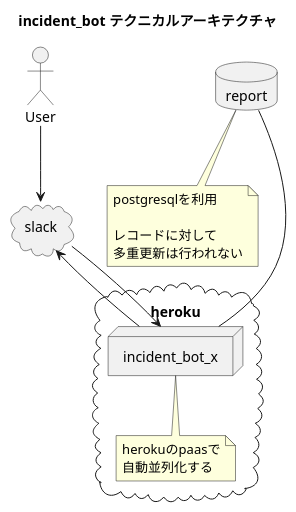
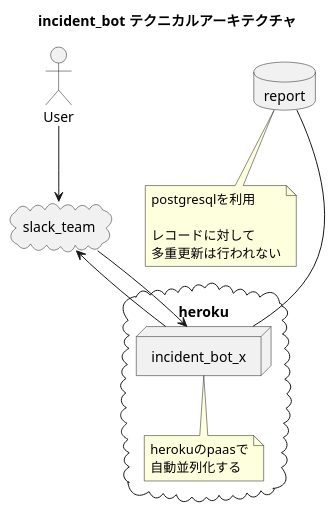
The diagram in 1.design/4.architecture/technical-architecture.md (ito-masam/kpt-guard.doc), drawn with PlantUML before and after one commit.

```diff
--- a/1.design/4.architecture/technical-architecture.md
+++ b/1.design/4.architecture/technical-architecture.md
@@ -1,65 +1,67 @@
 @startuml
 
     title incident_bot テクニカルアーキテクチャ
     actor User
 
-    cloud slack
+    cloud slack_team
     cloud heroku {
       node incident_bot_x
       note bottom of incident_bot_x
         herokuのpaasで
         自動並列化する
       end note
     }
     database report
     note bottom of report
       postgresqlを利用
       　
       レコードに対して
       多重更新は行われない
     end note
 
 
-    User --> slack
-    slack --> incident_bot_x
-    incident_bot_x --> slack
+    User --> slack_team
+    slack_team --> incident_bot_x
+    incident_bot_x --> slack_team
     report --- incident_bot_x
     
 
 /'
+
 保存先はpostgresqlで、channel-category-messageのリレーションを作成する。
 active-jobの実装であるsuccer-punchを使って遅延ジョブ実行を行えば良い。herokuではredisは使わなくても遅延ジョブは実行できるとのこと。
 
 reportの保存先として、redisかpostgresqlか悩んでいる。
 redisは応答性に富み、postgresqlは暗号性に富む。
 プロトコルはHTTPSを使えるので、通信から漏洩はしない。
 redis, postgresqlに直接接続された場合、漏洩するリスクを考える。
 
 - redisはstunnel buildpackで、dynoとredisをつなぐ想定
   - https://devcenter.heroku.com/articles/securing-heroku-redis
 - postgresqlは、private spaceでdynoとpostgresqlをWAFでつなぐが、コストが１０倍なので現実的ではない
   - ハットさん曰く
 
 redisを使いたいと思う理由は、incident_bot自体を特定用途に限定しないと考えた場合、書き込み・参照で発生する膨大な遅延を回避できるのではないか？という打算から。
 
 取り急ぎは１チーム：１インスタンス：ｎチャンネルのセットにして各チャンネルからの書き込み・参照を捌こうと考えている。書き込み・参照ならpostgresqlでもレプリケーションを行えるので300人程度の書き込み・参照なら、おそらく十分に耐えられるのではないか。
 
 - HA構成(premium)が用意されているメリットもある。
 - 用途上の都合からストレージ暗号化(premium)が用意されているメリットも高い。
 - スナップショットに対するロールバック(standard)も復旧性の面でも心強い。
 - レプリケーション(standard)は、[follower](https://devcenter.heroku.com/articles/heroku-postgres-follower-databases)という名前で作成可能。
 - railsとは従来通りにActiveModelで操作可能。
 - データの永続性については、ディスク容量に直接依存するので、ディスクフル時はアプリケーション側で対処する必要がある。
 
 postgresqlの代わりにredisの利用を考えた場合、書き込み・参照の負荷耐性については速度計測を行っているブログ記事を見る限り、１万行・１０万行コミットにかかる時間は、postgresqlに較べて半分程。postgresqlと同等の環境であれば同等以上の性能を引き出せるのではないか。
 
 - HA構成(premium)が用意されている。
 - x 逆にストレージの暗号化は用意されていない。
 - スナップショットに対するロールバック(premium)はこちらも用意されている。
 - レプリケーションは？
   - HA構成(premium)の場合、`support@redistogo.com`にredis sentinelについて問い合わせれば詳細が得られる。
 - railsとは[redis-objects](https://github.com/nateware/redis-objects)で間接的に操作可能。
 - データの永続性については、メモリ容量に直接依存するが、既存データを削除して新規データを書き込む流れになる
+
 '/
 
 @enduml
```
